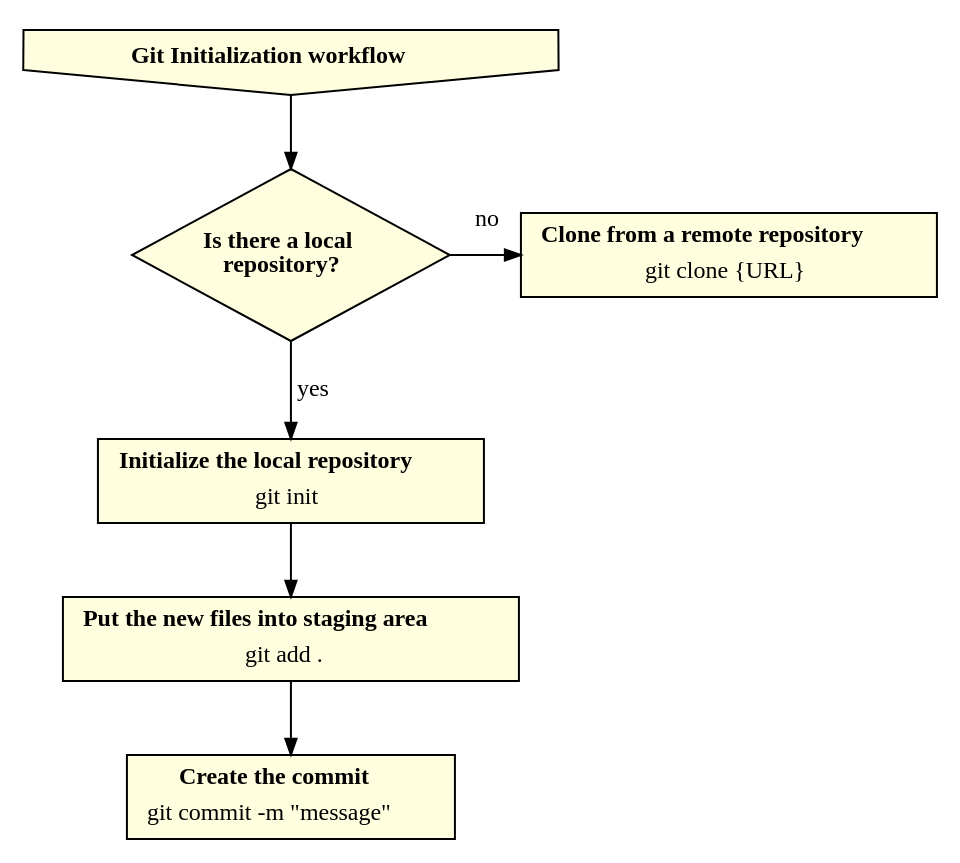
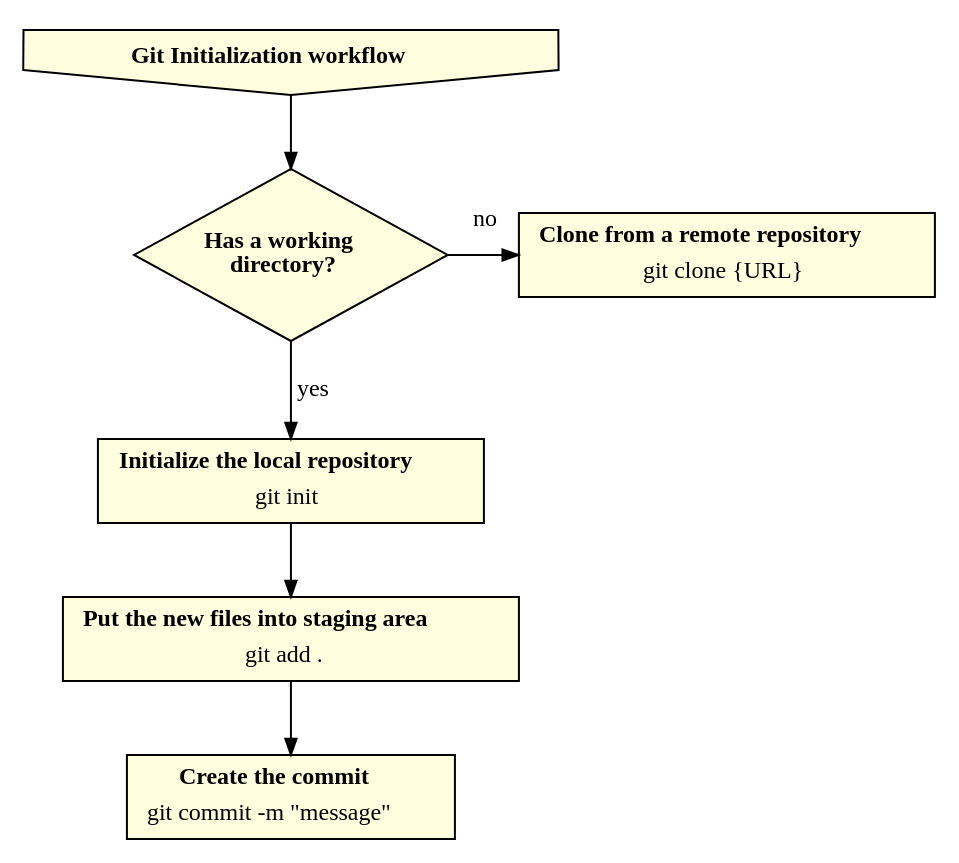
Before and after one commit to fabriciofx/gitflowchart: the diagram in flowchart/init-workflow.gv, drawn with Graphviz. The commit also changed 1 other file, not shown here.

Commit message:
local_repository renamed to working_dir

```diff
--- a/flowchart/init-workflow.gv
+++ b/flowchart/init-workflow.gv
@@ -1,74 +1,74 @@
 digraph initworkflow {
     splines = line;
 
     edge [
         arrowsize = 0.8,
         fontname = "Verdana",
         fontsize = 12
     ]
 
     node [
         shape = rect,
         style = filled,
         fillcolor = lightyellow,
         fontname = "Verdana",
         fontsize = 12
     ]
 
     // workflow
     init [
         shape = invhouse,
         label = <<b>Git Initialization workflow</b>>
     ]
 
     // decisions
-    local_repository [
+    working_dir [
         shape = diamond,
-        label = <<b>Is there a local<br/>repository?</b>>,
+        label = <<b>Has a working<br/>directory?</b>>,
         height = 1.2
     ]
 
     // commands
     git_init [
         label = <
             <table border="0" cellborder="0" cellspacing="0">
             <tr><td><b>Initialize the local repository</b></td></tr>
             <tr><td>git init</td></tr>
             </table>
         >
     ]
     git_add [
         label = <
             <table border="0" cellborder="0" cellspacing="0">
             <tr><td><b>Put the new files into staging area</b></td></tr>
             <tr><td>git add .</td></tr>
             </table>
         >
     ]
     git_commit [
         label = <
             <table border="0" cellborder="0" cellspacing="0">
             <tr><td><b>Create the commit</b></td></tr>
             <tr><td>git commit -m "message"</td></tr>
             </table>
         >
     ]
     git_clone [
         label = <
             <table border="0" cellborder="0" cellspacing="0">
             <tr><td><b>Clone from a remote repository</b></td></tr>
             <tr><td>git clone {URL}</td></tr>
             </table>
         >
     ]
 
     // relations
-    init -> local_repository
-    local_repository -> git_init [label = " yes"]
-    local_repository:e -> git_clone [label = "no", constraint = false]
+    init -> working_dir
+    working_dir -> git_init [label = " yes"]
+    working_dir:e -> git_clone [label = "no", constraint = false]
     git_init -> git_add
     git_add -> git_commit
 
-    // put local_repository and git_clone in the same row
-    {rank = same; local_repository; git_clone; }
+    // put working_dir and git_clone in the same row
+    {rank = same; working_dir; git_clone; }
 }
```
